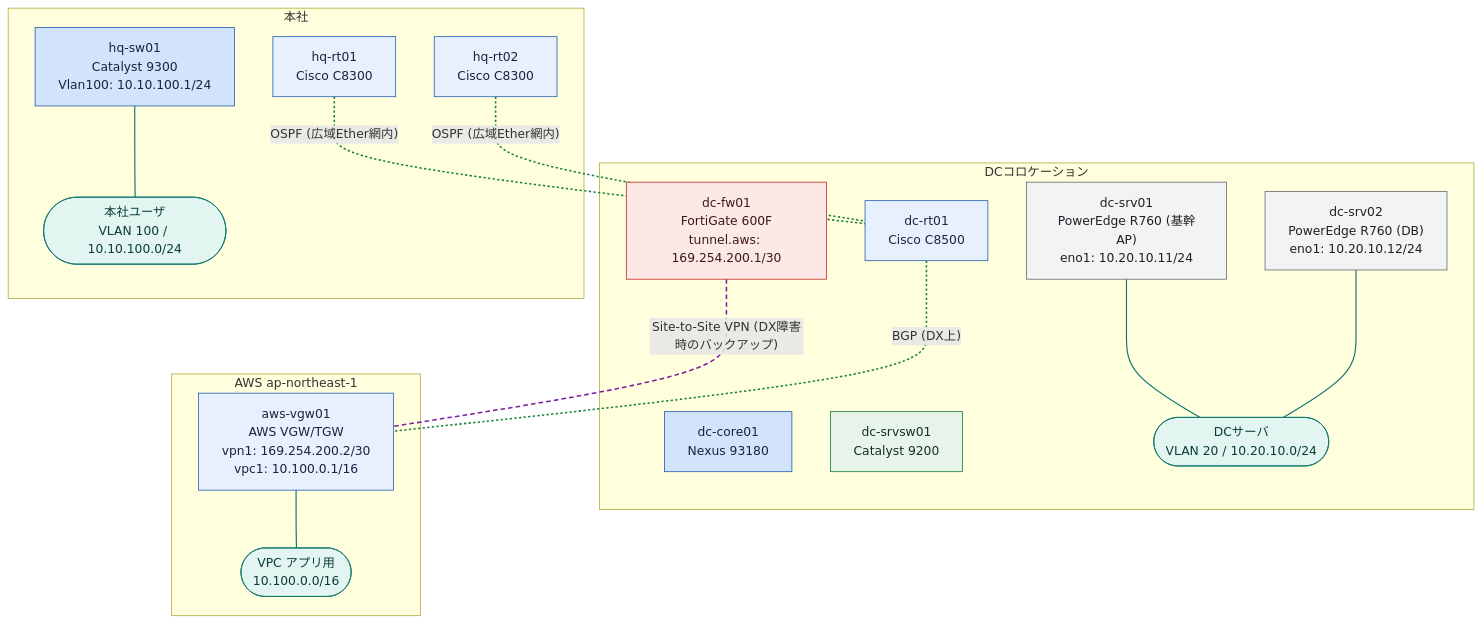
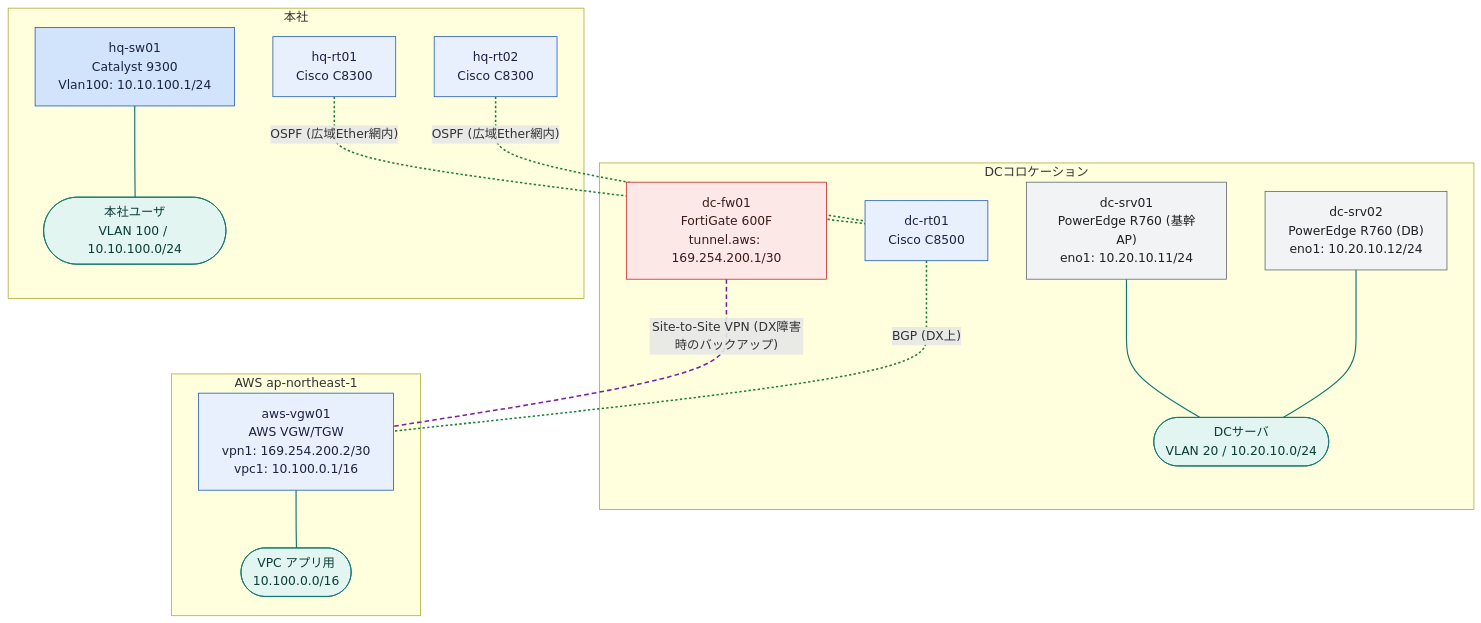
The diagram in examples/hq-dc-cloud/generated/logical-all.mmd (thinas1115/nwdsl), drawn with Mermaid before and after one commit. The commit also changed 38 other files, not shown here.

First line of the commit message:
全サンプルに論理構成図を追加 + 純L3ビューの自動判定と表示品質を改善

```diff
--- a/examples/hq-dc-cloud/generated/logical-all.mmd
+++ b/examples/hq-dc-cloud/generated/logical-all.mmd
@@ -1,49 +1,46 @@
 flowchart TB
   subgraph sg_dc["DCコロケーション"]
     dc_fw01["dc-fw01<br>FortiGate 600F<br>tunnel.aws: 169.254.200.1/30"]
     dc_rt01["dc-rt01<br>Cisco C8500"]
-    dc_core01["dc-core01<br>Nexus 93180"]
-    dc_srvsw01["dc-srvsw01<br>Catalyst 9200"]
     dc_srv01["dc-srv01<br>PowerEdge R760 (基幹AP)<br>eno1: 10.20.10.11/24"]
     dc_srv02["dc-srv02<br>PowerEdge R760 (DB)<br>eno1: 10.20.10.12/24"]
     seg__dc_servers(["DCサーバ<br>VLAN 20 / 10.20.10.0/24"])
   end
   subgraph sg_aws["AWS ap-northeast-1"]
     aws_vgw01["aws-vgw01<br>AWS VGW/TGW<br>vpn1: 169.254.200.2/30<br>vpc1: 10.100.0.1/16"]
     seg__aws_vpc_app(["VPC アプリ用<br>10.100.0.0/16"])
   end
   subgraph sg_hq["本社"]
     hq_rt01["hq-rt01<br>Cisco C8300"]
     hq_rt02["hq-rt02<br>Cisco C8300"]
     hq_sw01["hq-sw01<br>Catalyst 9300<br>Vlan100: 10.10.100.1/24"]
     seg__hq_users(["本社ユーザ<br>VLAN 100 / 10.10.100.0/24"])
   end
   dc_fw01 ---|"Site-to-Site VPN (DX障害時のバックアップ)"| aws_vgw01
   hq_rt01 ---|"OSPF (広域Ether網内)"| dc_rt01
   hq_rt02 ---|"OSPF (広域Ether網内)"| dc_rt01
   dc_rt01 ---|"BGP (DX上)"| aws_vgw01
   hq_sw01 --- seg__hq_users
   dc_srv01 --- seg__dc_servers
   dc_srv02 --- seg__dc_servers
   aws_vgw01 --- seg__aws_vpc_app
 
   classDef node_dim fill:#f8f9fa,stroke:#dadce0,color:#bdc1c6
   classDef node_failed fill:#fce8e6,stroke:#c5221f,color:#3c1a19
   classDef role_router fill:#e8f0fe,stroke:#1a56b0,color:#1a2340
   classDef role_l3switch fill:#d2e3fc,stroke:#1a56b0,color:#1a2340
   classDef role_l2switch fill:#e6f4ea,stroke:#137333,color:#1a2e1f
   classDef role_firewall fill:#fce8e6,stroke:#c5221f,color:#3c1a19
   classDef role_other fill:#f1f3f4,stroke:#5f6368,color:#202124
   classDef node_cloud fill:#f1f3f4,stroke:#5f6368,color:#202124
   classDef node_site fill:#fff8e1,stroke:#b58105,color:#4a3a08
   classDef node_segment fill:#e2f5f0,stroke:#0f766e,color:#0b3d38
   classDef node_external fill:#ffffff,stroke:#9aa0a6,stroke-dasharray:3 3,color:#5f6368
   class dc_fw01 role_firewall
   class aws_vgw01,hq_rt01,dc_rt01,hq_rt02 role_router
-  class hq_sw01,dc_core01 role_l3switch
-  class dc_srvsw01 role_l2switch
+  class hq_sw01 role_l3switch
   class dc_srv01,dc_srv02 role_other
   class seg__hq_users,seg__dc_servers,seg__aws_vpc_app node_segment
   linkStyle 0 stroke:#7b1fa2,stroke-width:2px,stroke-dasharray:6 4
   linkStyle 1,2,3 stroke:#188038,stroke-width:2px,stroke-dasharray:3 3
   linkStyle 4,5,6,7 stroke:#0f766e,stroke-width:1.5px
```
